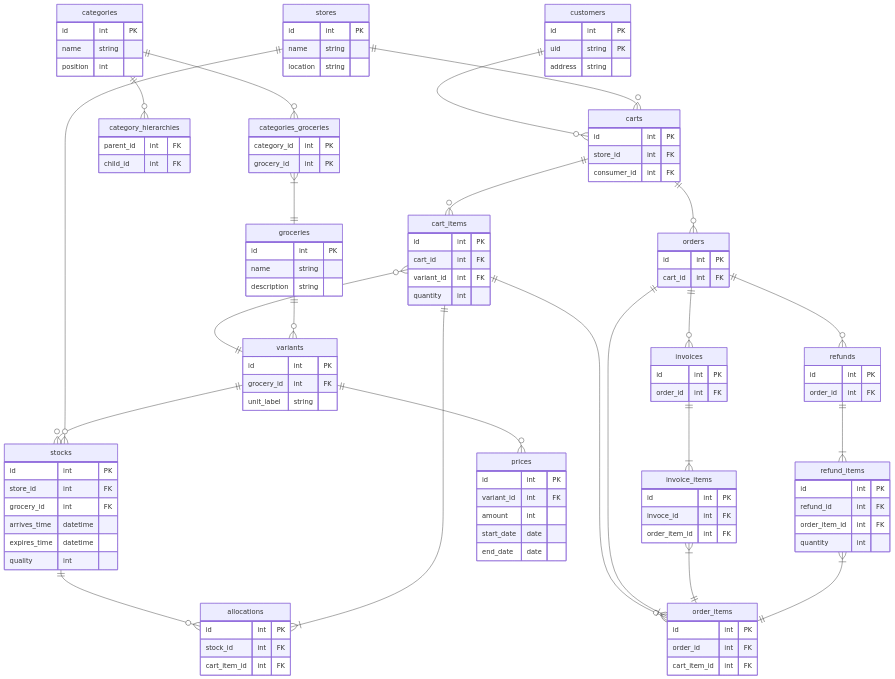
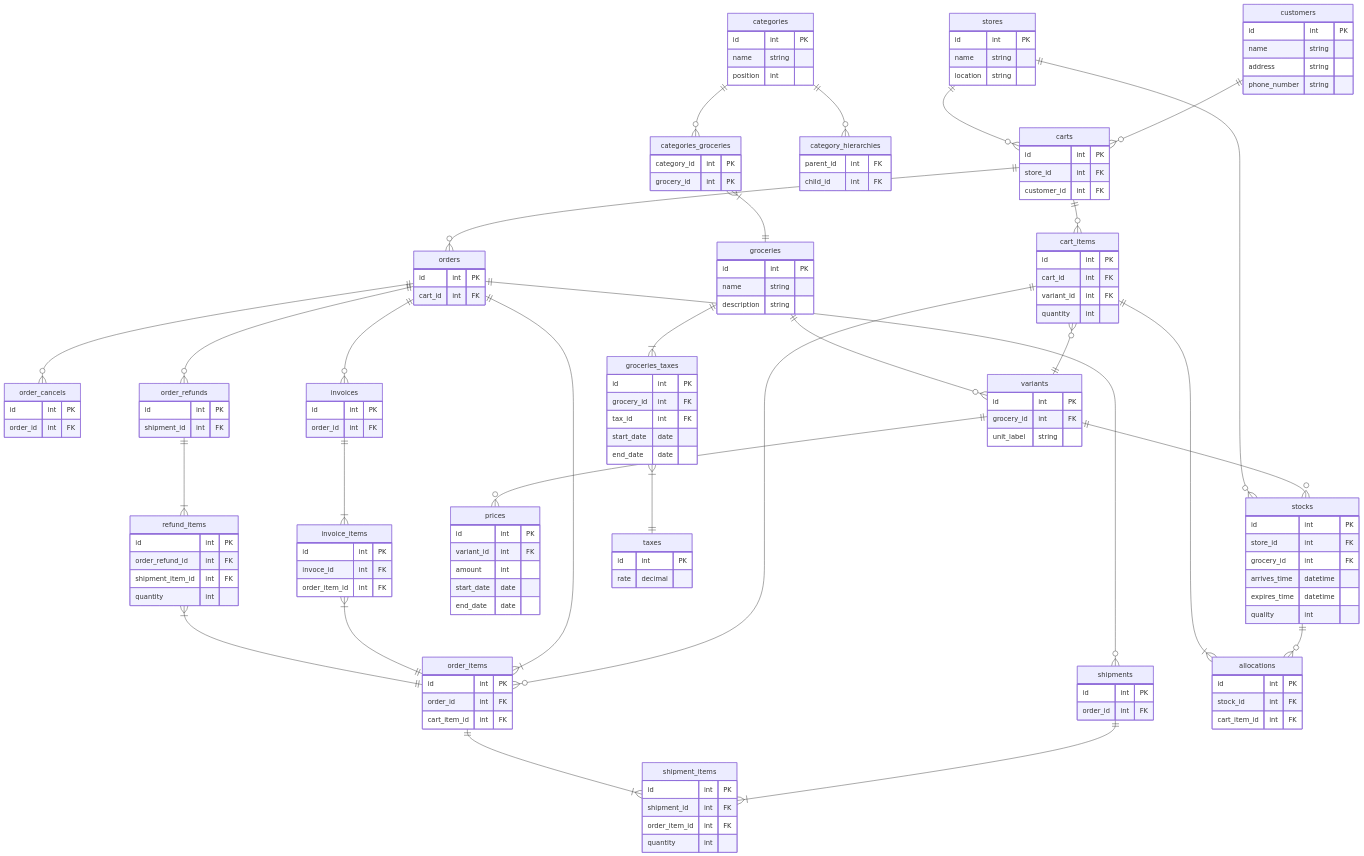
One commit to matsuokashuhei/grocery-store changed the diagram in README.md. Above: the diagram before and after it, drawn with Mermaid.

````diff
--- a/README.md
+++ b/README.md
@@ -8,14 +8,15 @@
 
 customers {
     id int PK
-    uid string PK
+    name string
     address string
+    phone_number string
 }
 
 carts {
     id int PK
     store_id int FK
-    consumer_id int FK
+    customer_id int FK
 }
 
 cart_items {
@@ -36,6 +37,23 @@
     cart_item_id int FK
 }
 
+order_cancels {
+    id int PK
+    order_id int FK
+}
+
+shipments {
+    id int PK
+    order_id int FK
+}
+
+shipment_items {
+    id int PK
+    shipment_id int FK
+    order_item_id int FK
+    quantity int
+}
+
 invoices {
     id int PK
     order_id int FK
@@ -47,15 +65,15 @@
     order_item_id int FK
 }
 
-refunds {
+order_refunds {
     id int PK
-    order_id int FK
+    shipment_id int FK
 }
 
 refund_items {
     id int PK
-    refund_id int FK
-    order_item_id int FK
+    order_refund_id int FK
+    shipment_item_id int FK
     quantity int
 }
 
@@ -116,6 +134,18 @@
     cart_item_id int FK
 }
 
+taxes {
+    id int PK
+    rate decimal
+}
+
+groceries_taxes {
+    id int PK
+    grocery_id int FK
+    tax_id int FK
+    start_date date
+    end_date date
+}
 
 customers ||--o{ carts : ""
 stores ||--o{ carts : ""
@@ -124,6 +154,8 @@
 categories ||--o{ category_hierarchies : ""
 categories ||--o{ categories_groceries : ""
 categories_groceries }|--|| groceries : ""
+groceries ||--|{ groceries_taxes : ""
+groceries_taxes }|--|| taxes : ""
 groceries ||--o{ variants : ""
 variants ||--o{ stocks : ""
 variants ||--o{ prices : ""
@@ -133,11 +165,15 @@
 carts ||--o{ orders : ""
 cart_items ||--o{ order_items : ""
 orders ||--|{ order_items : ""
+orders ||--o{ order_cancels : ""
 orders ||--o{ invoices : ""
 invoices ||--|{ invoice_items : ""
 invoice_items }|--|| order_items : ""
-orders ||--o{ refunds : ""
-refunds ||--|{ refund_items : ""
+orders ||--o{ shipments : ""
+shipments ||--|{ shipment_items : ""
+order_items ||--|{ shipment_items : ""
+orders ||--o{ order_refunds : ""
+order_refunds ||--|{ refund_items : ""
 refund_items }|--|| order_items : ""
 
 ```
````
